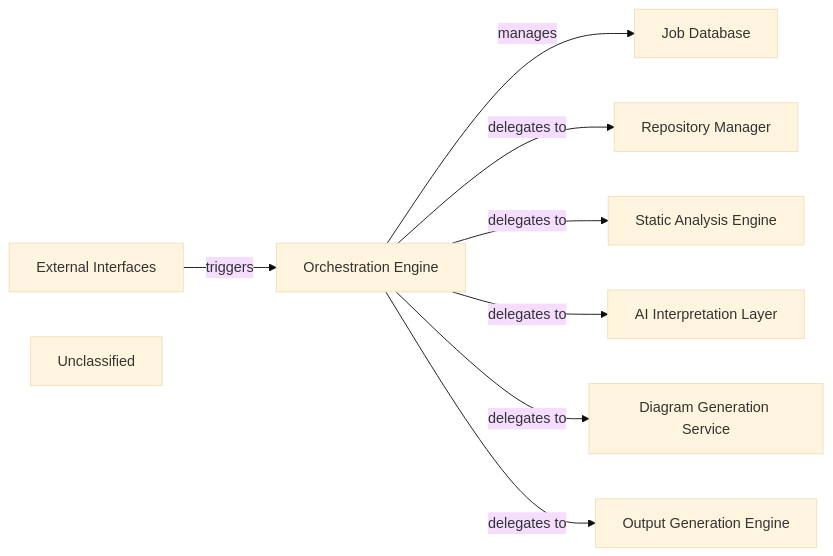
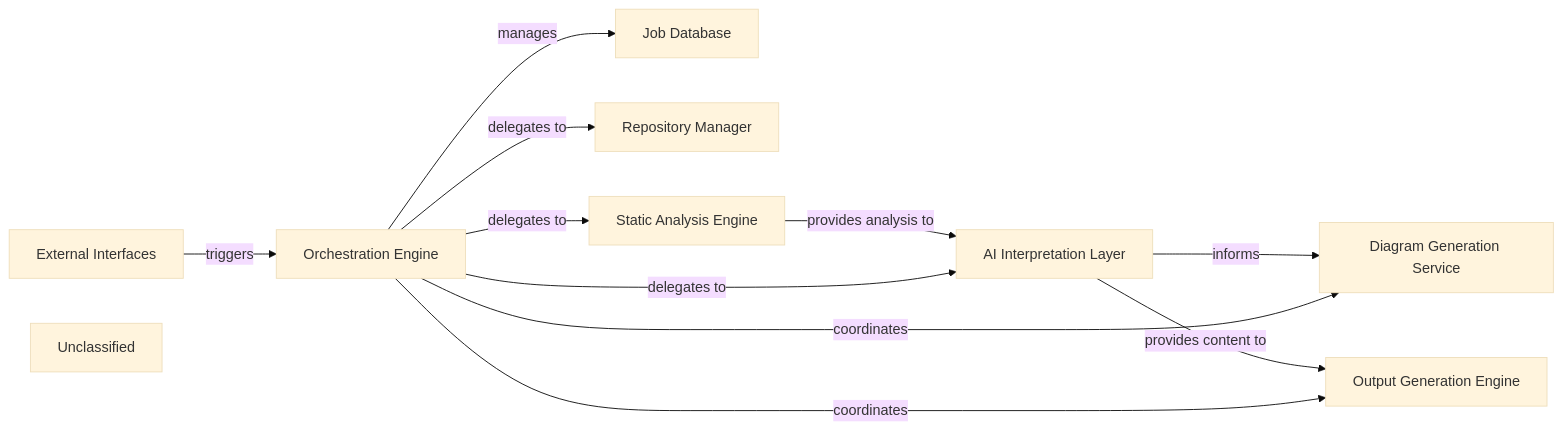
The diagram in .codeboarding/Orchestration_Engine.md (mariyam866/CodeBoarding), drawn with Mermaid (base theme) before and after one commit. The commit also changed other lines of this file and 17 other files, not shown here.

First line of the commit message:
docs: update codeboarding documentation and generate architecture

````diff
--- a/.codeboarding/Orchestration_Engine.md
+++ b/.codeboarding/Orchestration_Engine.md
@@ -1,25 +1,27 @@
 ```mermaid
 graph LR
     Orchestration_Engine["Orchestration Engine"]
     Job_Database["Job Database"]
     External_Interfaces["External Interfaces"]
     Repository_Manager["Repository Manager"]
     Static_Analysis_Engine["Static Analysis Engine"]
     AI_Interpretation_Layer["AI Interpretation Layer"]
     Diagram_Generation_Service["Diagram Generation Service"]
     Output_Generation_Engine["Output Generation Engine"]
     Unclassified["Unclassified"]
     External_Interfaces -- "triggers" --> Orchestration_Engine
     Orchestration_Engine -- "manages" --> Job_Database
     Orchestration_Engine -- "delegates to" --> Repository_Manager
     Orchestration_Engine -- "delegates to" --> Static_Analysis_Engine
+    Static_Analysis_Engine -- "provides analysis to" --> AI_Interpretation_Layer
+    AI_Interpretation_Layer -- "informs" --> Diagram_Generation_Service
+    AI_Interpretation_Layer -- "provides content to" --> Output_Generation_Engine
+    Orchestration_Engine -- "coordinates" --> Diagram_Generation_Service
+    Orchestration_Engine -- "coordinates" --> Output_Generation_Engine
     Orchestration_Engine -- "delegates to" --> AI_Interpretation_Layer
-    Orchestration_Engine -- "delegates to" --> Diagram_Generation_Service
-    Orchestration_Engine -- "delegates to" --> Output_Generation_Engine
     click Orchestration_Engine href "https://github.com/CodeBoarding/CodeBoarding/blob/main/.codeboarding/Orchestration_Engine.md" "Details"
-    click Job_Database href "https://github.com/CodeBoarding/CodeBoarding/blob/main/.codeboarding/Job_Database.md" "Details"
     click Repository_Manager href "https://github.com/CodeBoarding/CodeBoarding/blob/main/.codeboarding/Repository_Manager.md" "Details"
     click Static_Analysis_Engine href "https://github.com/CodeBoarding/CodeBoarding/blob/main/.codeboarding/Static_Analysis_Engine.md" "Details"
     click AI_Interpretation_Layer href "https://github.com/CodeBoarding/CodeBoarding/blob/main/.codeboarding/AI_Interpretation_Layer.md" "Details"
     click Output_Generation_Engine href "https://github.com/CodeBoarding/CodeBoarding/blob/main/.codeboarding/Output_Generation_Engine.md" "Details"
 ```
````
